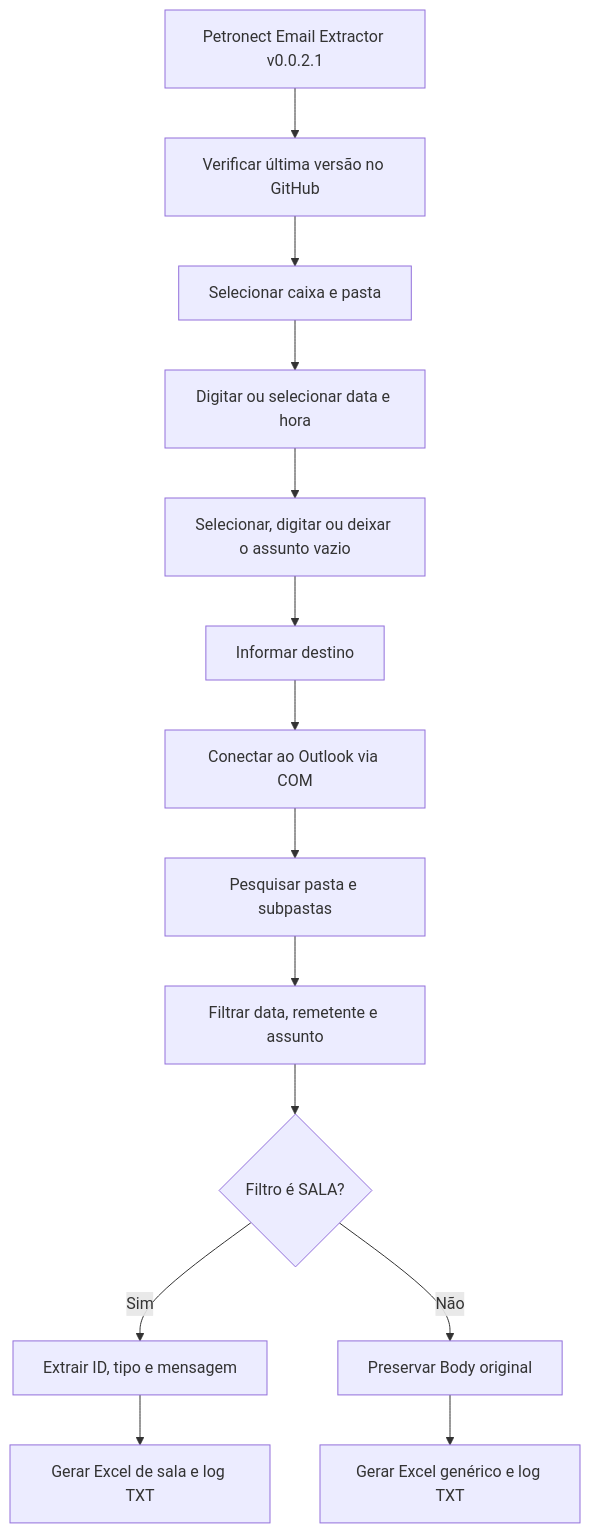
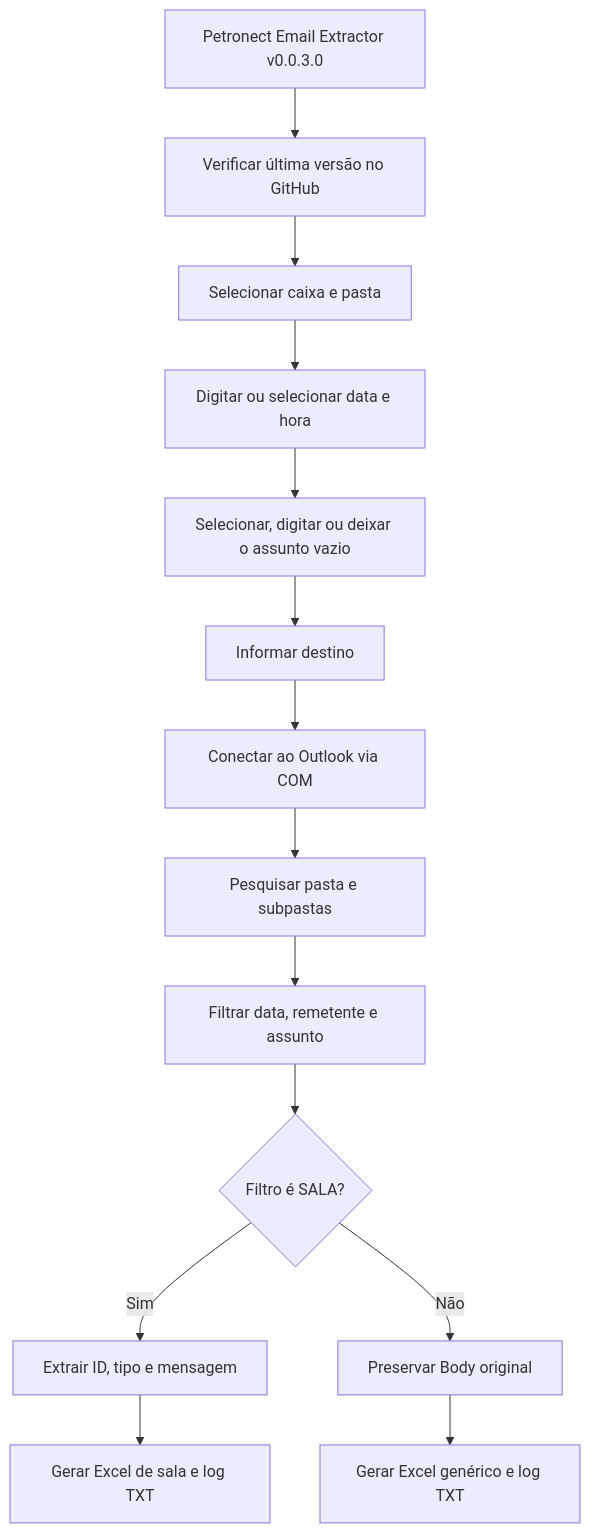
Before and after one commit to Marcus300/petronect-email-extractor: the diagram in docs/FLUXOGRAMA.mmd, drawn with Mermaid. The commit also changed 16 other files, not shown here.

Commit message:
Release v0.0.3.0 with Microsoft Graph support

```diff
--- a/docs/FLUXOGRAMA.mmd
+++ b/docs/FLUXOGRAMA.mmd
@@ -1,14 +1,14 @@
 flowchart TD
-    A[Petronect Email Extractor v0.0.2.1] --> B[Verificar última versão no GitHub]
+    A[Petronect Email Extractor v0.0.3.0] --> B[Verificar última versão no GitHub]
     B --> C[Selecionar caixa e pasta]
     C --> D[Digitar ou selecionar data e hora]
     D --> E[Selecionar, digitar ou deixar o assunto vazio]
     E --> E2[Informar destino]
     E2 --> F[Conectar ao Outlook via COM]
     F --> G[Pesquisar pasta e subpastas]
     G --> H[Filtrar data, remetente e assunto]
     H --> I{Filtro é SALA?}
     I -->|Sim| J[Extrair ID, tipo e mensagem]
     I -->|Não| K[Preservar Body original]
     J --> L[Gerar Excel de sala e log TXT]
     K --> M[Gerar Excel genérico e log TXT]
```
